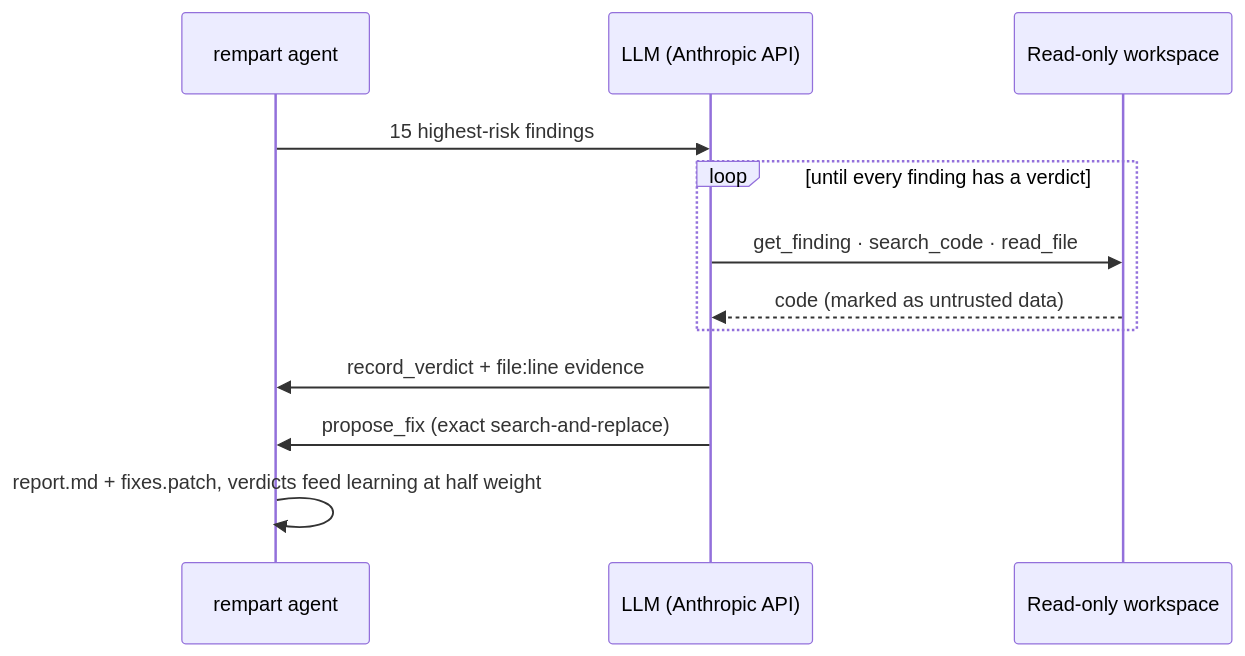
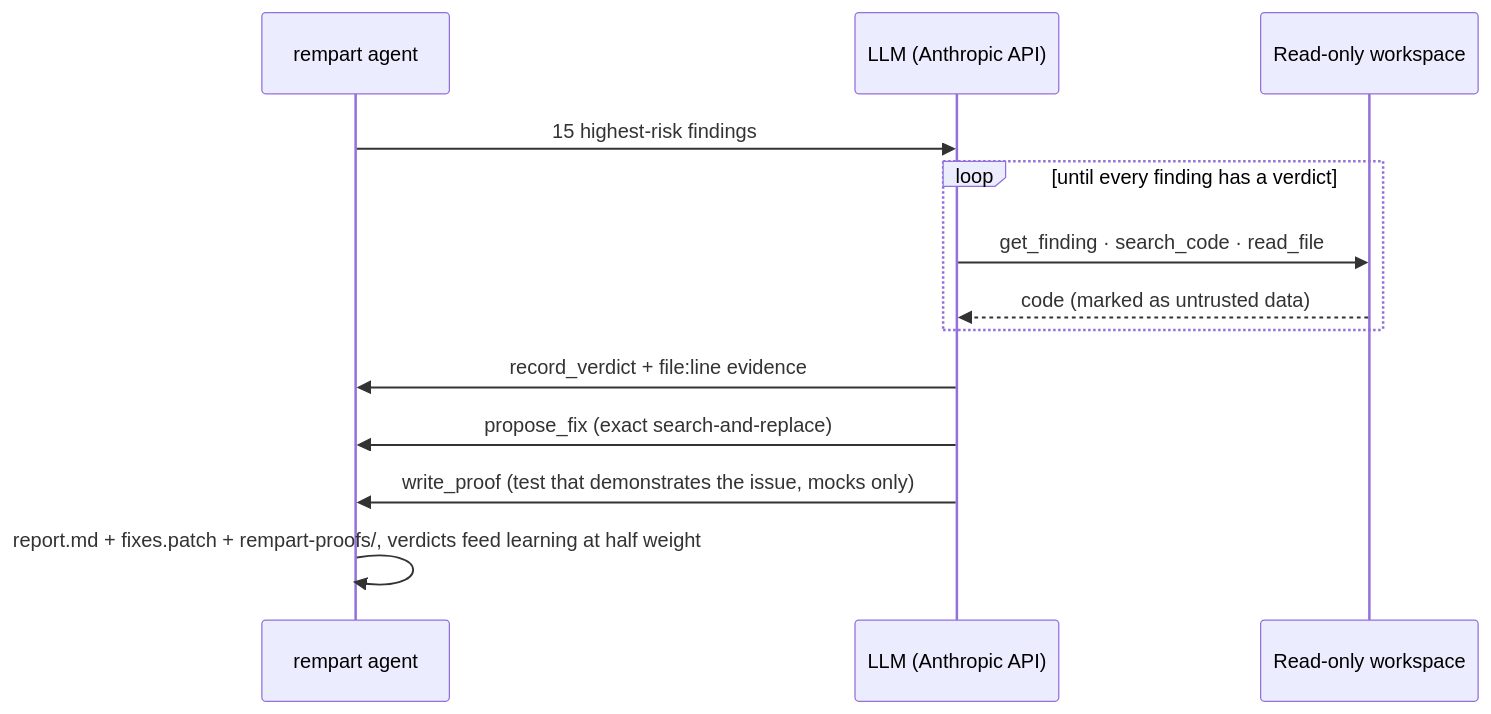
The third of 3 diagrams in README.md (Houssam2510/rempart), drawn with Mermaid before and after one commit. The commit also changed other lines of this file and 17 other files, not shown here.

````diff
--- a/README.md
+++ b/README.md
@@ -132,14 +139,15 @@
 ```mermaid
 sequenceDiagram
     participant R as rempart agent
     participant M as LLM (Anthropic API)
     participant W as Read-only workspace
     R->>M: 15 highest-risk findings
     loop until every finding has a verdict
         M->>W: get_finding · search_code · read_file
         W-->>M: code (marked as untrusted data)
     end
     M->>R: record_verdict + file:line evidence
     M->>R: propose_fix (exact search-and-replace)
-    R->>R: report.md + fixes.patch, verdicts feed learning at half weight
+    M->>R: write_proof (test that demonstrates the issue, mocks only)
+    R->>R: report.md + fixes.patch + rempart-proofs/, verdicts feed learning at half weight
 ```
````
